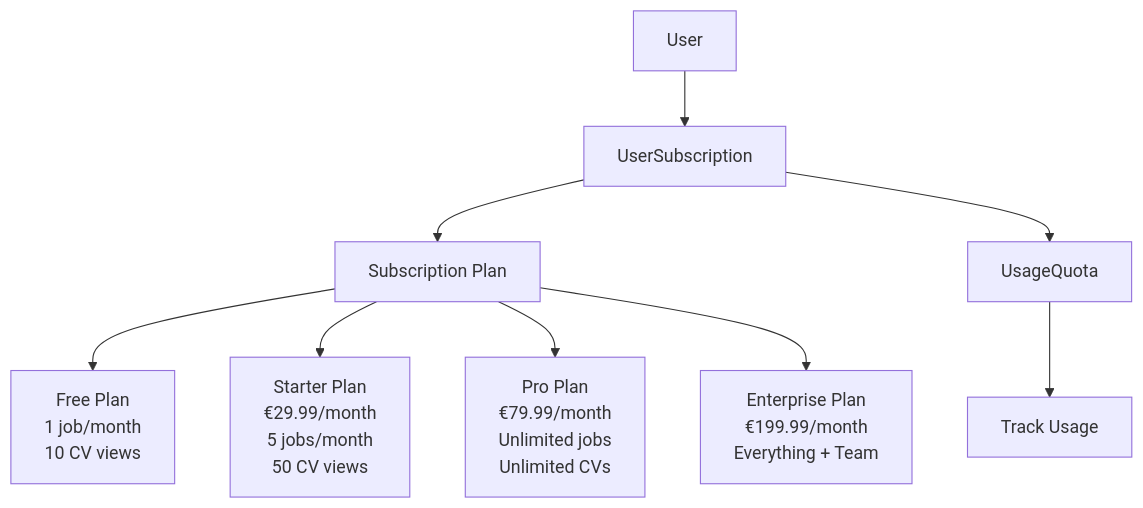
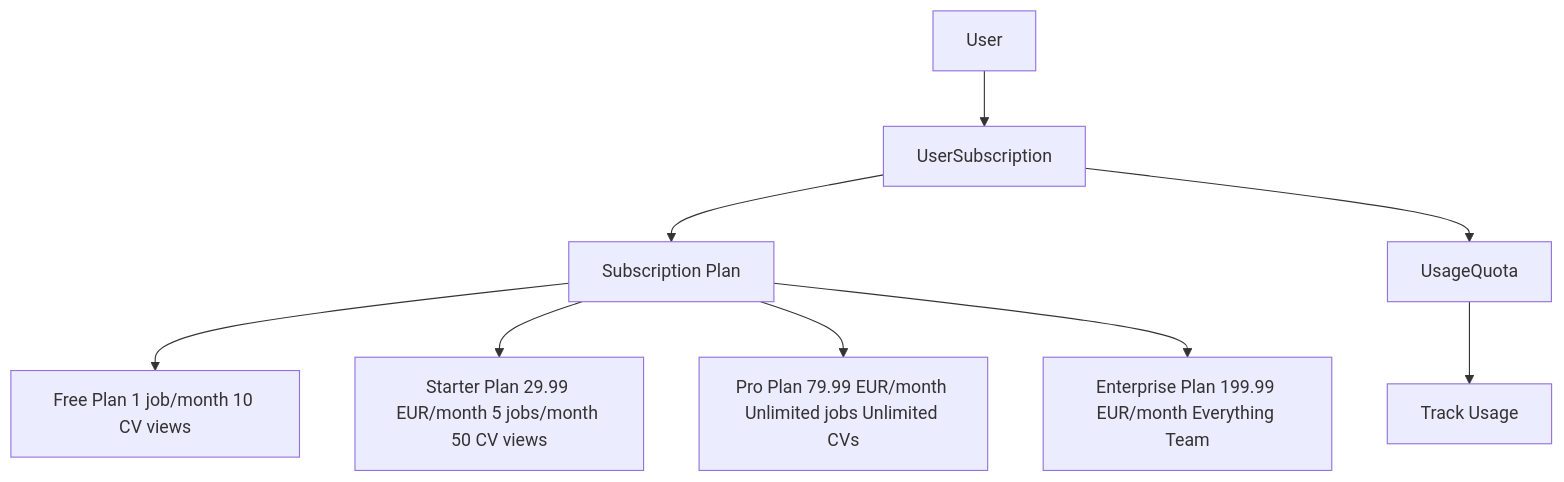
Before and after one commit to adil77672/recruitment-platform-docs: diagram 16 of 17 in SYSTEM_DOCUMENTATION.md, drawn with Mermaid. The commit also changed other lines of this file, not shown here.

````diff
--- a/SYSTEM_DOCUMENTATION.md
+++ b/SYSTEM_DOCUMENTATION.md
@@ -1911,13 +1936,13 @@
 ```mermaid
 graph TD
     PLAN[Subscription Plan]
-    PLAN --> FREE[Free Plan<br/>1 job/month<br/>10 CV views]
-    PLAN --> STARTER[Starter Plan<br/>€29.99/month<br/>5 jobs/month<br/>50 CV views]
-    PLAN --> PRO[Pro Plan<br/>€79.99/month<br/>Unlimited jobs<br/>Unlimited CVs]
-    PLAN --> ENTERPRISE[Enterprise Plan<br/>€199.99/month<br/>Everything + Team]
+    PLAN --> FREE[Free Plan 1 job/month 10 CV views]
+    PLAN --> STARTER[Starter Plan 29.99 EUR/month 5 jobs/month 50 CV views]
+    PLAN --> PRO[Pro Plan 79.99 EUR/month Unlimited jobs Unlimited CVs]
+    PLAN --> ENTERPRISE[Enterprise Plan 199.99 EUR/month Everything Team]
     
     USER[User] --> SUB[UserSubscription]
     SUB --> PLAN
     SUB --> QUOTA[UsageQuota]
     QUOTA --> TRACK[Track Usage]
 ```
````
